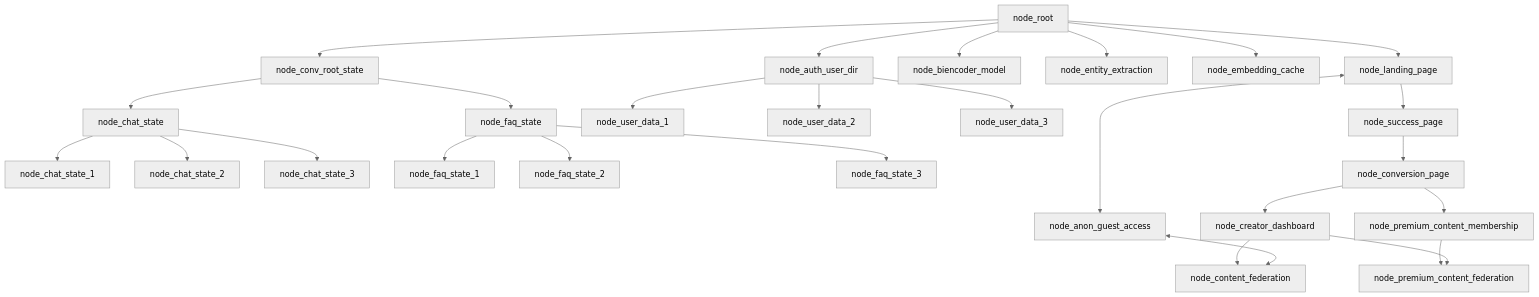
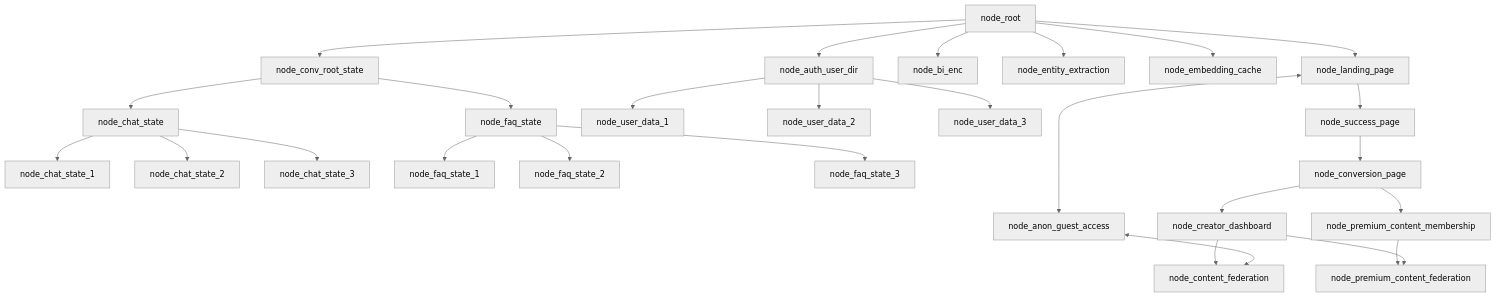
The first of 2 diagrams in README.md (WrappedUsername/apexmite-jac), drawn with Mermaid (neutral theme) before and after one commit. The commit also changed other lines of this file and 1 other file, not shown here.

Commit message:
Configuring files - Keefe

````diff
--- a/README.md
+++ b/README.md
@@ -62,29 +62,29 @@
 ```mermaid
 graph TD;
     node_root-->node_landing_page
     node_root-->node_auth_user_dir
-    node_root-->node_biencoder_model
+    node_root-->node_bi_enc
     node_root-->node_entity_extraction
     node_root-->node_embedding_cache
     node_root-->node_conv_root_state
     node_conv_root_state-->node_chat_state
     node_chat_state-->node_chat_state_1
     node_chat_state-->node_chat_state_2
     node_chat_state-->node_chat_state_3
     node_conv_root_state-->node_faq_state
     node_faq_state-->node_faq_state_1
     node_faq_state-->node_faq_state_2
     node_faq_state-->node_faq_state_3
     node_auth_user_dir-->node_user_data_1
     node_auth_user_dir-->node_user_data_2
     node_auth_user_dir-->node_user_data_3
     node_landing_page-->node_success_page
     node_landing_page<-->node_anon_guest_access
     node_success_page-->node_conversion_page
     node_conversion_page-->node_creator_dashboard
     node_conversion_page-->node_premium_content_membership
     node_premium_content_membership-->node_premium_content_federation
     node_creator_dashboard-->node_content_federation
     node_creator_dashboard-->node_premium_content_federation
     node_anon_guest_access<-->node_content_federation
 ```
````
